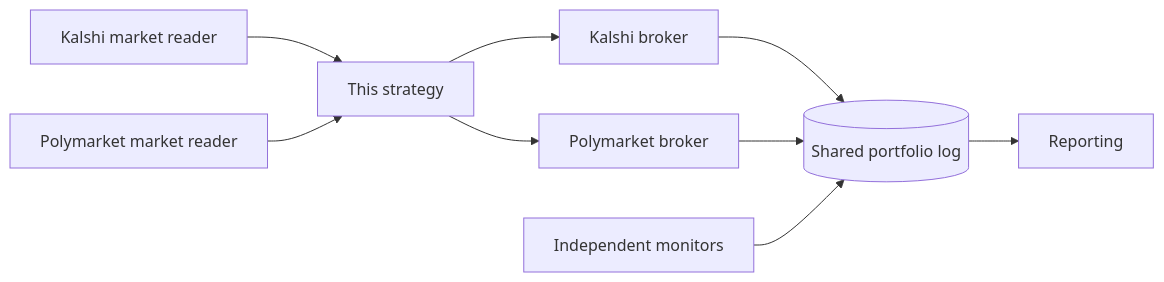
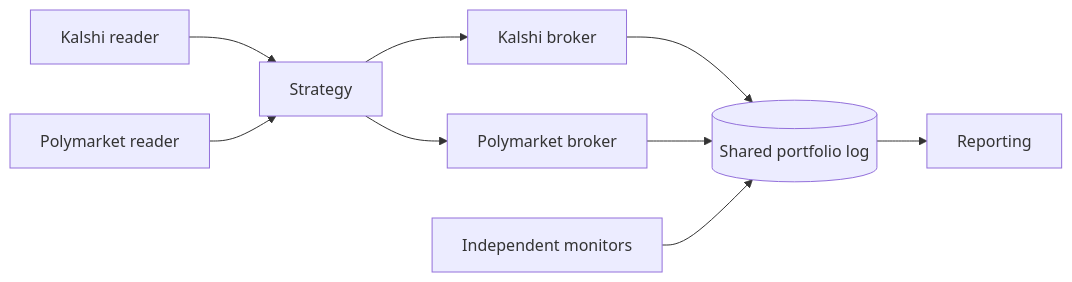
Before and after one commit to Zack-Ellington/cz-quant: the diagram in strategies/cross-market-polymarket/README.md, drawn with Mermaid. The commit also changed other lines of this file and 34 other files, not shown here.

````diff
--- a/strategies/cross-market-polymarket/README.md
+++ b/strategies/cross-market-polymarket/README.md
@@ -33,11 +19,11 @@
 ```mermaid
 flowchart LR
-    K[Kalshi market reader] --> S[This strategy]
-    P[Polymarket market reader] --> S
+    K[Kalshi reader] --> S[Strategy]
+    P[Polymarket reader] --> S
     S --> KB[Kalshi broker]
     S --> PB[Polymarket broker]
     KB --> L[(Shared portfolio log)]
     PB --> L
     M[Independent monitors] --> L
     L --> R[Reporting]
 ```
````
